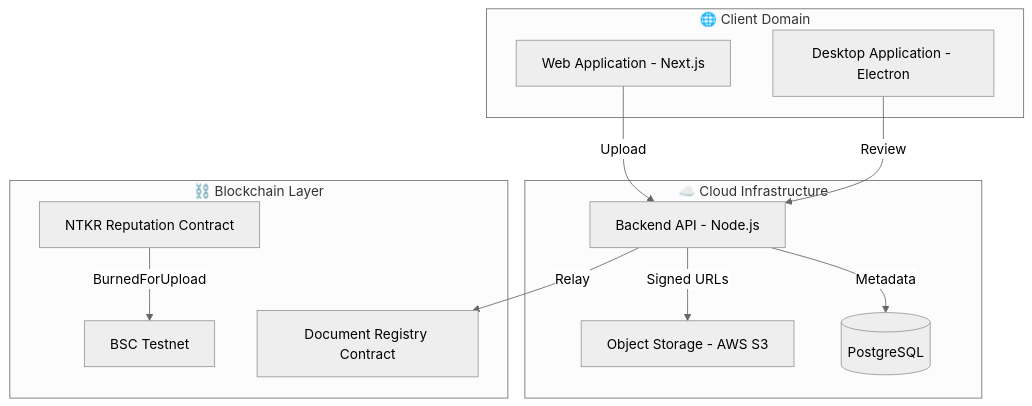
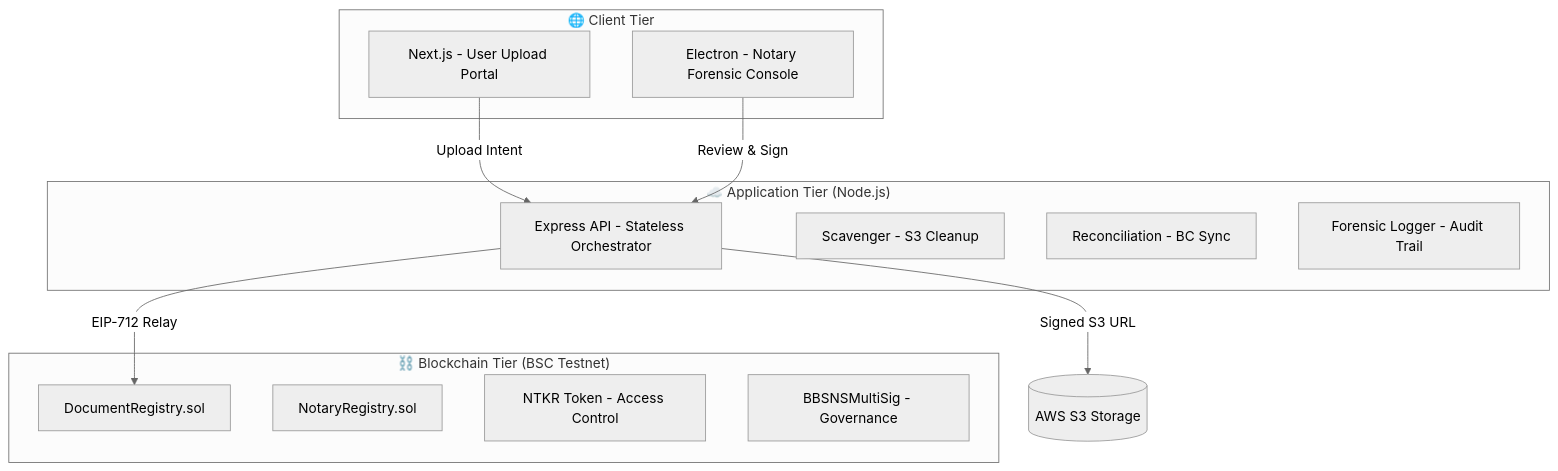
One commit to CoderShubhamMate/Block-Chain-Based-Secure-Notarization-System changed the diagram in README.md. Above: the diagram before and after it, drawn with Mermaid (neutral theme). The commit also changed other lines of this file, not shown here.

````diff
--- a/README.md
+++ b/README.md
@@ -11,26 +10,26 @@
 ```mermaid
 graph TD
-    subgraph "🌐 Client Domain"
-        Web[Web Application - Next.js]
-        Desktop[Desktop Application - Electron]
+    subgraph "🌐 Client Tier"
+        Web[Next.js - User Upload Portal]
+        Desktop[Electron - Notary Forensic Console]
     end
 
-    subgraph "☁️ Cloud Infrastructure"
-        API[Backend API - Node.js]
-        S3[Object Storage - AWS S3]
-        DB[(PostgreSQL)]
+    subgraph "☁️ Application Tier (Node.js)"
+        API[Express API - Stateless Orchestrator]
+        Worker1[Scavenger - S3 Cleanup]
+        Worker2[Reconciliation - BC Sync]
+        Audit[Forensic Logger - Audit Trail]
     end
 
-    subgraph "⛓️ Blockchain Layer"
-        BC[BSC Testnet]
-        Registry[Document Registry Contract]
-        NTKR[NTKR Reputation Contract]
+    subgraph "⛓️ Blockchain Tier (BSC Testnet)"
+        Registry[DocumentRegistry.sol]
+        NotaryReg[NotaryRegistry.sol]
+        NTKR[NTKR Token - Access Control]
+        MultiSig[BBSNSMultiSig - Governance]
     end
 
-    Web -->|Upload| API
-    Desktop -->|Review| API
-    API -->|Metadata| DB
-    API -->|Signed URLs| S3
-    API -->|Relay| Registry
-    NTKR -->|BurnedForUpload| BC
+    Web -->|Upload Intent| API
+    API -->|Signed S3 URL| S3[(AWS S3 Storage)]
+    Desktop -->|Review & Sign| API
+    API -->|EIP-712 Relay| Registry
 ```
````
